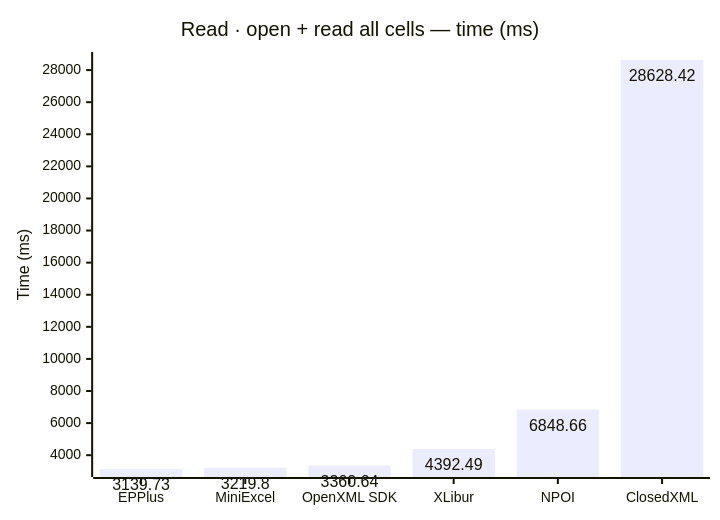
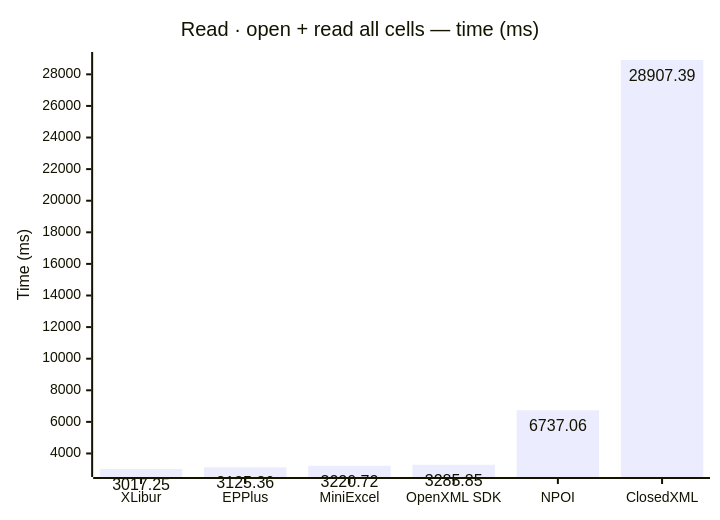
One commit to jafin/XLBench changed the third of 6 diagrams in docs/results-ci.md. Above: the diagram before and after it, drawn with Mermaid. The commit also changed other lines of this file, not shown here.

````diff
--- a/docs/results-ci.md
+++ b/docs/results-ci.md
@@ -62,12 +62,12 @@
 ```mermaid
 ---
 config:
   xyChart:
     showDataLabel: true
 ---
 xychart-beta
     title "Read · open + read all cells — time (ms)"
-    x-axis ["EPPlus", "MiniExcel", "OpenXML SDK", "XLibur", "NPOI", "ClosedXML"]
+    x-axis ["XLibur", "EPPlus", "MiniExcel", "OpenXML SDK", "NPOI", "ClosedXML"]
     y-axis "Time (ms)"
-    bar [3139.73, 3219.8, 3360.64, 4392.49, 6848.66, 28628.42]
+    bar [3017.25, 3125.36, 3220.72, 3285.85, 6737.06, 28907.39]
 ```
````
